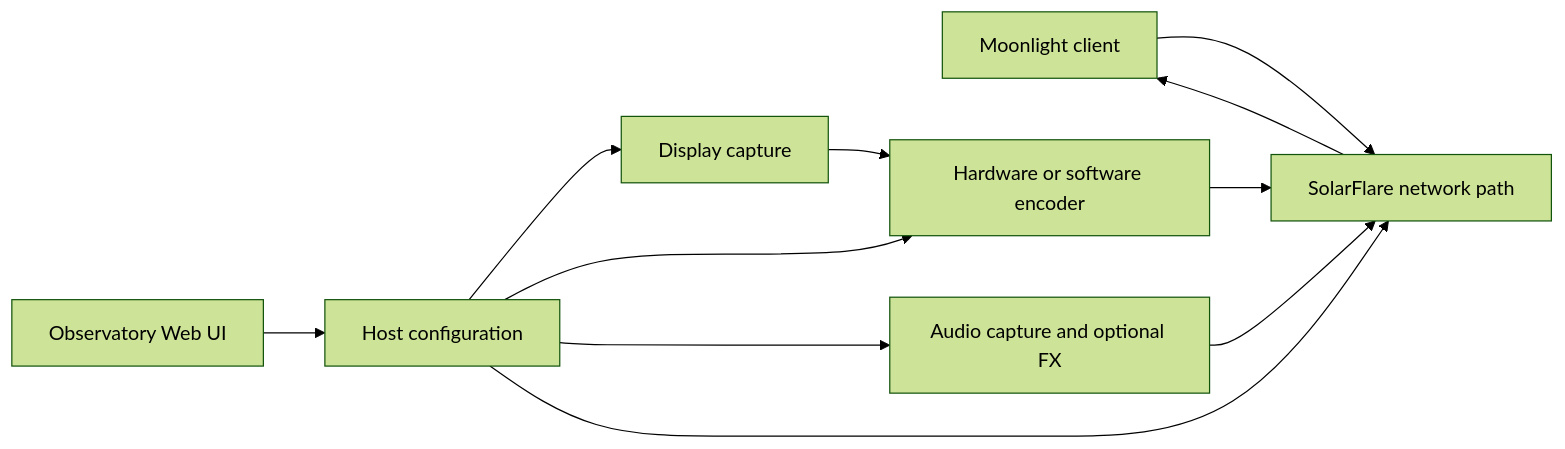
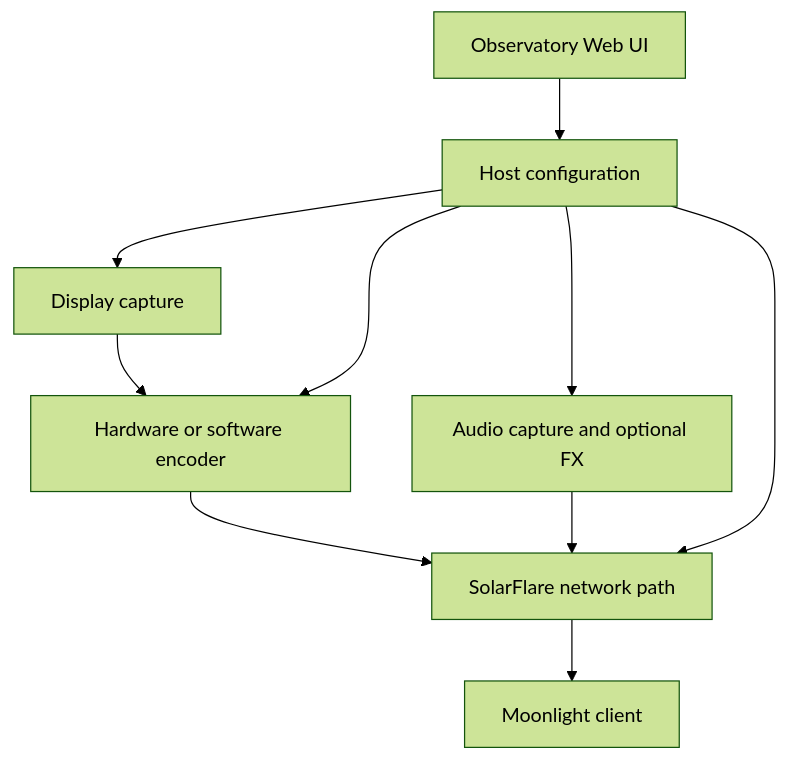
Before and after one commit to vindeckyy/Solar-Flare: the diagram in README.md, drawn with Mermaid (forest theme).

Commit message:
fix(readme): use a GitHub-safe Mermaid flowchart

````diff
--- a/README.md
+++ b/README.md
@@ -88,13 +88,12 @@
 ```mermaid
-graph LR
-  ML[Moonlight client] --> NET[SolarFlare network path]
-  NET --> ML
-  CAP[Display capture] --> ENC[Hardware or software encoder]
-  ENC --> NET
-  AUD[Audio capture and optional FX] --> NET
-  UI[Observatory Web UI] --> CFG[Host configuration]
+flowchart TD
+  UI["Observatory Web UI"] --> CFG["Host configuration"]
+  CAP["Display capture"] --> ENC["Hardware or software encoder"]
+  ENC --> NET["SolarFlare network path"]
+  AUD["Audio capture and optional FX"] --> NET
+  NET --> ML["Moonlight client"]
   CFG --> CAP
   CFG --> ENC
   CFG --> AUD
   CFG --> NET
 ```
````
